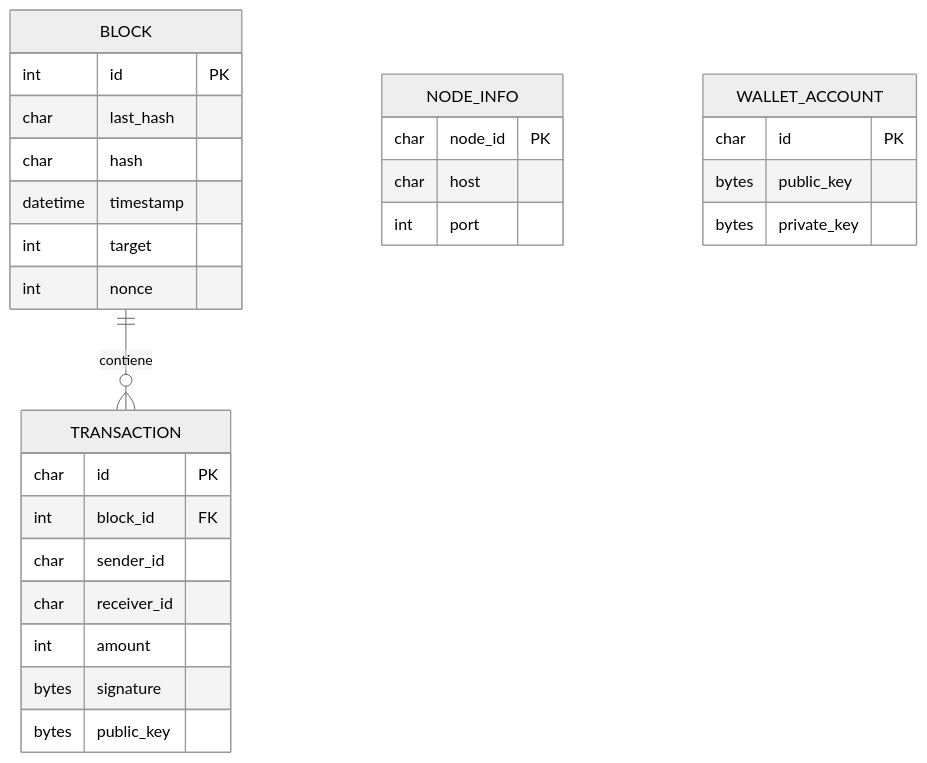
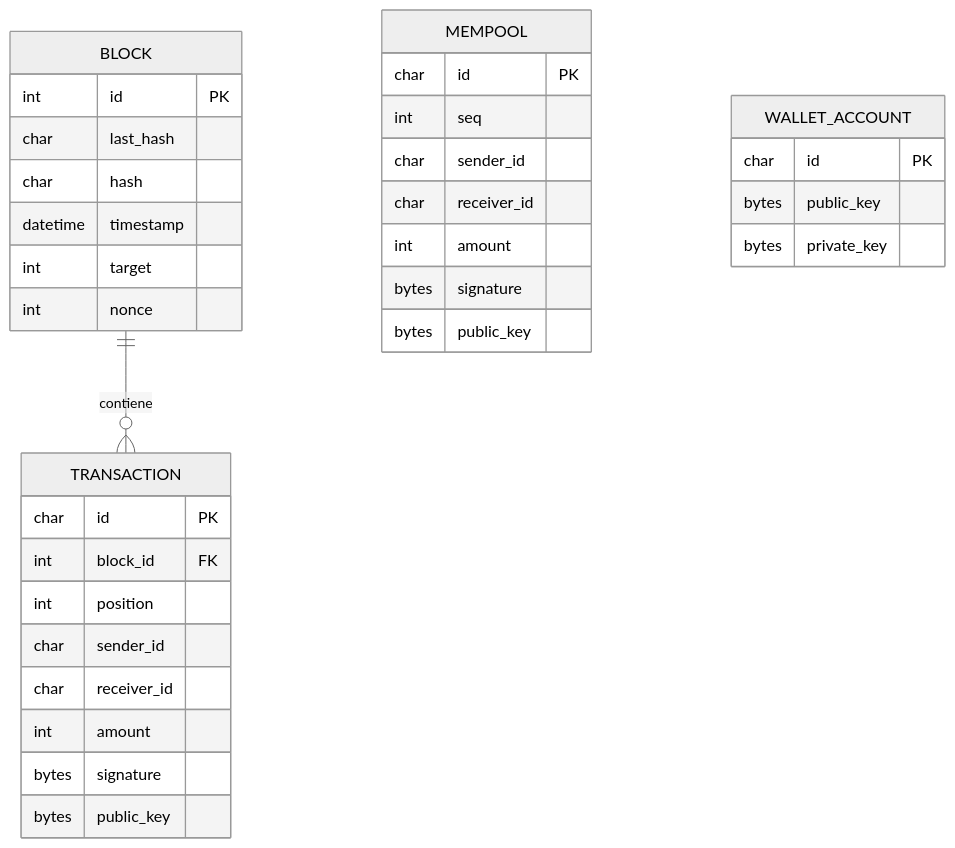
Before and after one commit to Ignacio687/final_computacion_II: the diagram in diagramas/entidad/entidad.mmd, drawn with Mermaid (neutral theme). The commit also changed 13 other files, not shown here.

First line of the commit message:
docs(diagramas): sincronizar Mermaid y PNG con el código actual

```diff
--- a/diagramas/entidad/entidad.mmd
+++ b/diagramas/entidad/entidad.mmd
@@ -1,29 +1,34 @@
 erDiagram
   BLOCK {
     int id PK
     char last_hash
     char hash
     datetime timestamp
     int target
     int nonce
   }
   TRANSACTION {
     char id PK
     int block_id FK
+    int position
     char sender_id
     char receiver_id
     int amount
     bytes signature
     bytes public_key
   }
-  NODE_INFO {
-    char node_id PK
-    char host
-    int port
+  MEMPOOL {
+    char id PK
+    int seq
+    char sender_id
+    char receiver_id
+    int amount
+    bytes signature
+    bytes public_key
   }
   WALLET_ACCOUNT {
     char id PK
     bytes public_key
     bytes private_key
   }
   BLOCK ||--o{ TRANSACTION : contiene
```
